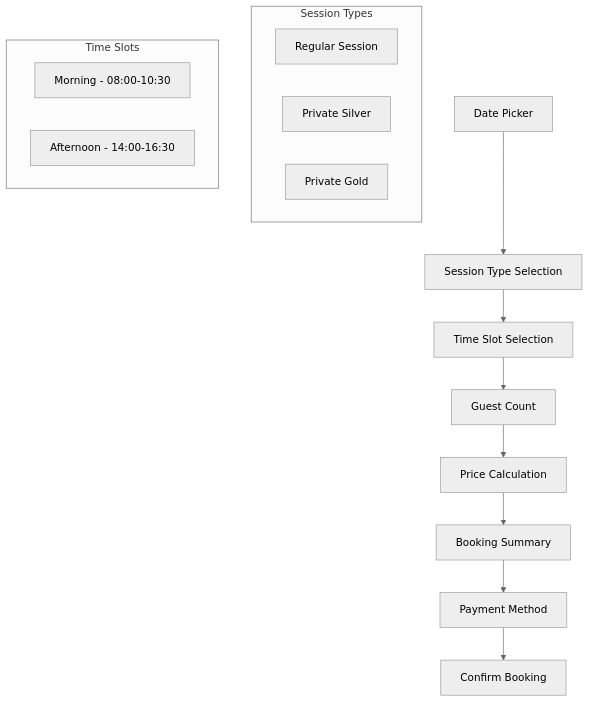
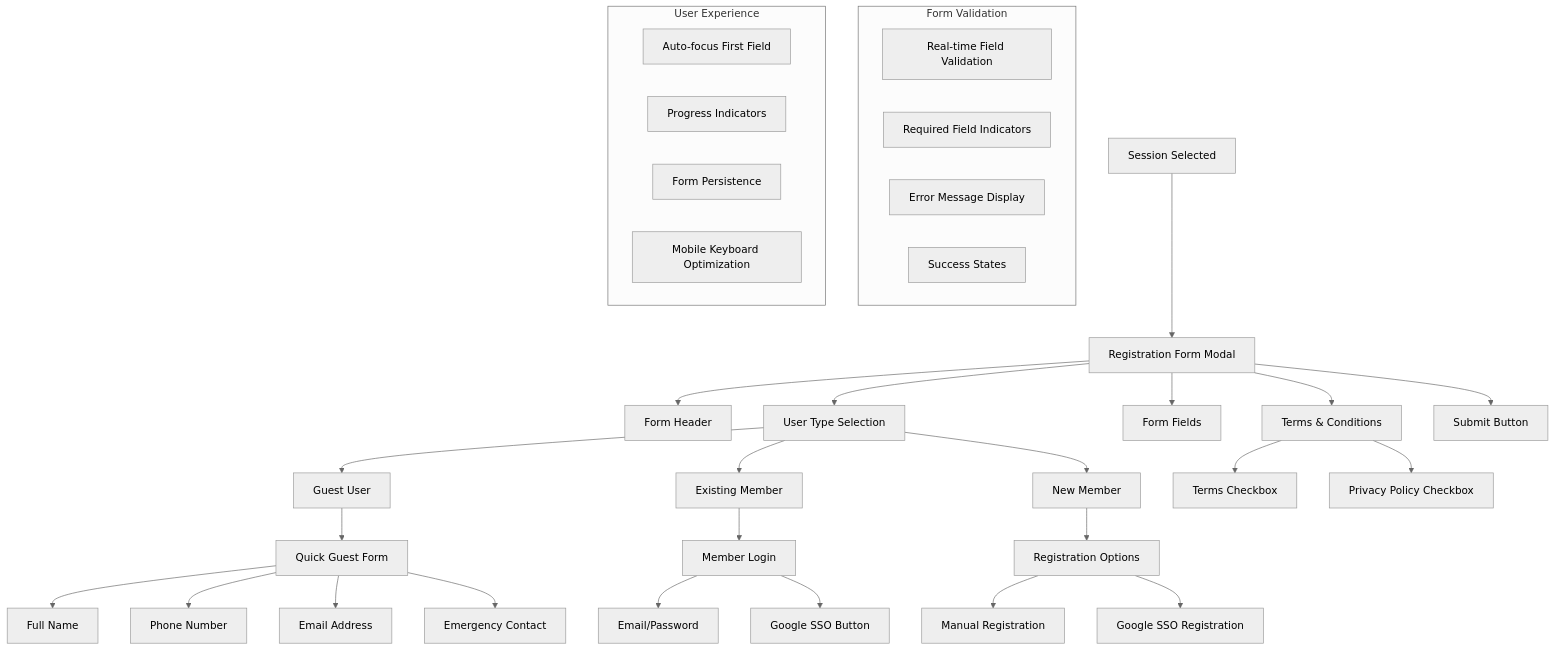
The fifth of 17 diagrams in Planing/07-user-interface-design.md (BlackCoffeee/raujan_pool), drawn with Mermaid (neutral theme) before and after one commit. The commit also changed other lines of this file and 5 other files, not shown here.

Commit message:
Enhance documentation for Core Booking Flow System, including detailed calendar interface, session management, and real-time availability features. Update database design with new tables for calendar availability and session slots, and implement stored procedures for capacity management.

````diff
--- a/Planing/07-user-interface-design.md
+++ b/Planing/07-user-interface-design.md
@@ -163,21 +251,44 @@
 ```mermaid
 graph TD
-    A[Date Picker] --> B[Session Type Selection]
-    B --> C[Time Slot Selection]
-    C --> D[Guest Count]
-    D --> E[Price Calculation]
-    E --> F[Booking Summary]
-    F --> G[Payment Method]
-    G --> H[Confirm Booking]
+    A[Session Selected] --> B[Registration Form Modal]
+    B --> C[Form Header]
+    B --> D[User Type Selection]
+    B --> E[Form Fields]
+    B --> F[Terms & Conditions]
+    B --> G[Submit Button]
 
-    subgraph "Session Types"
-        S1[Regular Session]
-        S2[Private Silver]
-        S3[Private Gold]
+    D --> H[Guest User]
+    D --> I[Existing Member]
+    D --> J[New Member]
+
+    H --> K[Quick Guest Form]
+    K --> L[Full Name]
+    K --> M[Phone Number]
+    K --> N[Email Address]
+    K --> O[Emergency Contact]
+
+    I --> P[Member Login]
+    P --> Q[Email/Password]
+    P --> R[Google SSO Button]
+
+    J --> S[Registration Options]
+    S --> T[Manual Registration]
+    S --> U[Google SSO Registration]
+
+    F --> V[Terms Checkbox]
+    F --> W[Privacy Policy Checkbox]
+
+    subgraph "Form Validation"
+        FV1[Real-time Field Validation]
+        FV2[Required Field Indicators]
+        FV3[Error Message Display]
+        FV4[Success States]
     end
 
-    subgraph "Time Slots"
-        T1[Morning - 08:00-10:30]
-        T2[Afternoon - 14:00-16:30]
+    subgraph "User Experience"
+        UE1[Auto-focus First Field]
+        UE2[Progress Indicators]
+        UE3[Form Persistence]
+        UE4[Mobile Keyboard Optimization]
     end
 ```
````
